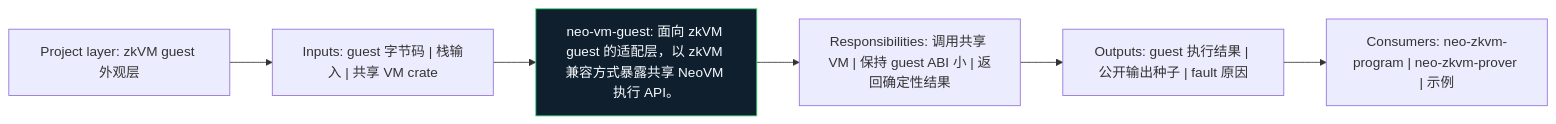
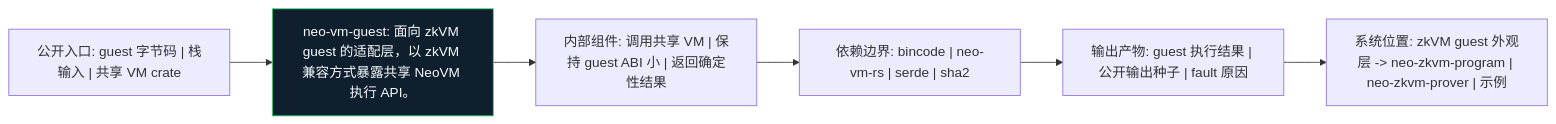
The diagram in crates/neo-vm-guest/docs/figures/architecture.zh.mmd (r3e-network/neo-zkvm), drawn with Mermaid before and after one commit. The commit also changed 97 other files, not shown here.

```diff
--- a/crates/neo-vm-guest/docs/figures/architecture.zh.mmd
+++ b/crates/neo-vm-guest/docs/figures/architecture.zh.mmd
@@ -1,14 +1,14 @@
 flowchart LR
-    N1["Project layer: zkVM guest 外观层"]
-    N2["Inputs: guest 字节码 | 栈输入 | 共享 VM crate"]
-    N3["neo-vm-guest: 面向 zkVM guest 的适配层，以 zkVM 兼容方式暴露共享 NeoVM 执行 API。"]
-    N4["Responsibilities: 调用共享 VM | 保持 guest ABI 小 | 返回确定性结果"]
-    N5["Outputs: guest 执行结果 | 公开输出种子 | fault 原因"]
-    N6["Consumers: neo-zkvm-program | neo-zkvm-prover | 示例"]
+    N1["公开入口: guest 字节码 | 栈输入 | 共享 VM crate"]
+    N2["neo-vm-guest: 面向 zkVM guest 的适配层，以 zkVM 兼容方式暴露共享 NeoVM 执行 API。"]
+    N3["内部组件: 调用共享 VM | 保持 guest ABI 小 | 返回确定性结果"]
+    N4["依赖边界: bincode | neo-vm-rs | serde | sha2"]
+    N5["输出产物: guest 执行结果 | 公开输出种子 | fault 原因"]
+    N6["系统位置: zkVM guest 外观层 -> neo-zkvm-program | neo-zkvm-prover | 示例"]
     N1 --> N2
     N2 --> N3
     N3 --> N4
     N4 --> N5
     N5 --> N6
     classDef crate fill:#101f2d,stroke:#38d978,color:#f6fbff
-    class N3 crate
+    class N2 crate
```
